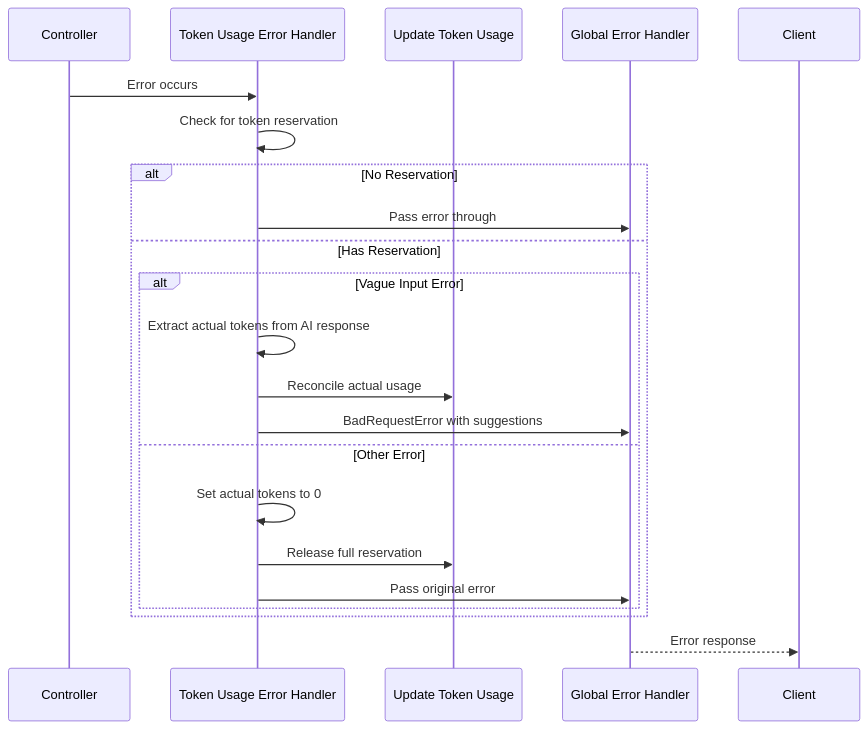
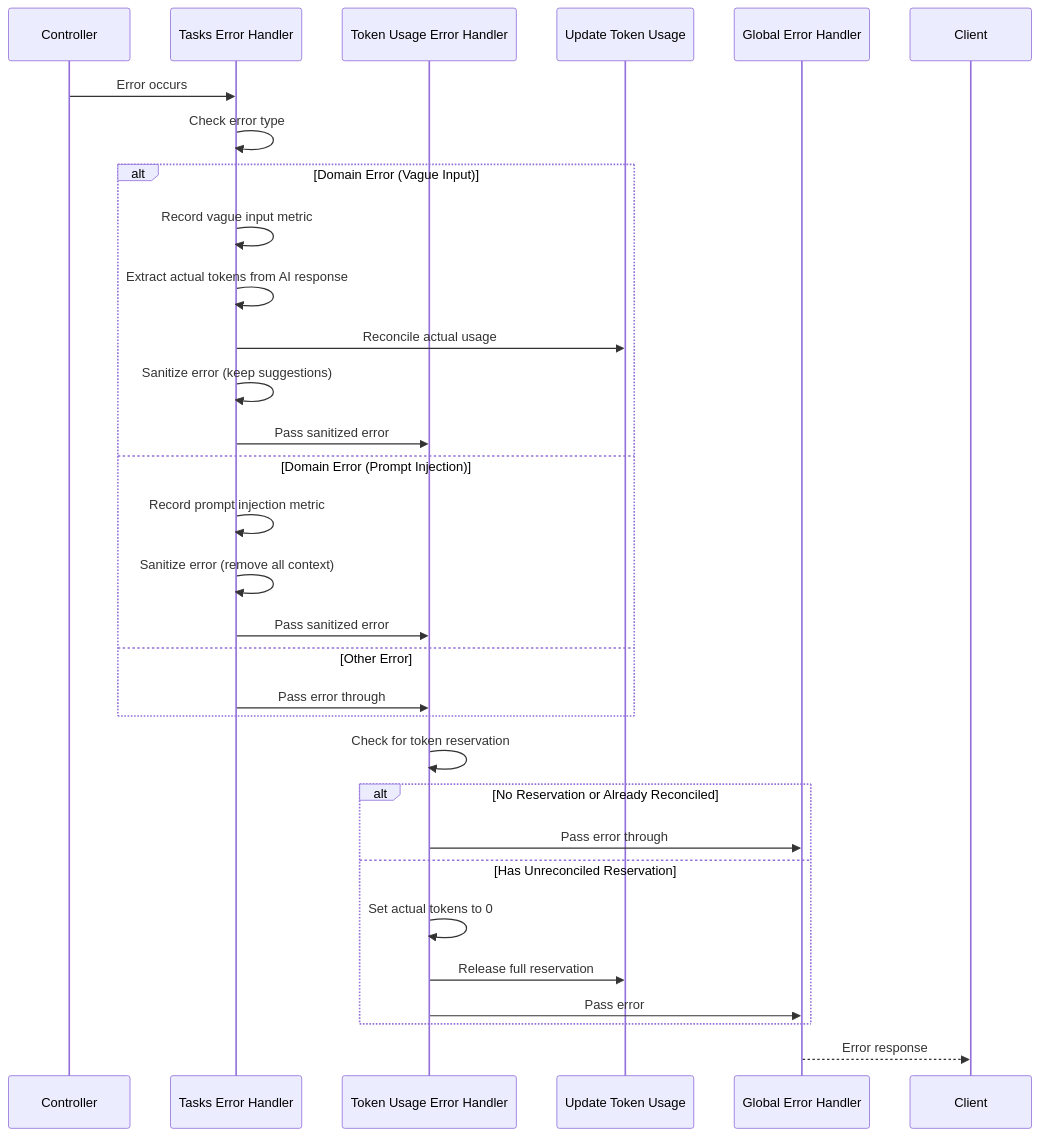
Before and after one commit to itayg43/ai-task-assistant: the fifth of 5 diagrams in README.md, drawn with Mermaid. The commit also changed other lines of this file and 43 other files, not shown here.

````diff
--- a/README.md
+++ b/README.md
@@ -286,25 +286,34 @@
 ```mermaid
 sequenceDiagram
     participant Controller
-    participant ErrorHandler as Token Usage Error Handler
+    participant TasksErrorHandler as Tasks Error Handler
+    participant TokenErrorHandler as Token Usage Error Handler
     participant UpdateUsage as Update Token Usage
     participant GlobalError as Global Error Handler
     participant Client
 
-    Controller->>ErrorHandler: Error occurs
-    ErrorHandler->>ErrorHandler: Check for token reservation
-    alt No Reservation
-        ErrorHandler->>GlobalError: Pass error through
-    else Has Reservation
-        alt Vague Input Error
-            ErrorHandler->>ErrorHandler: Extract actual tokens from AI response
-            ErrorHandler->>UpdateUsage: Reconcile actual usage
-            ErrorHandler->>GlobalError: BadRequestError with suggestions
-        else Other Error
-            ErrorHandler->>ErrorHandler: Set actual tokens to 0
-            ErrorHandler->>UpdateUsage: Release full reservation
-            ErrorHandler->>GlobalError: Pass original error
-        end
+    Controller->>TasksErrorHandler: Error occurs
+    TasksErrorHandler->>TasksErrorHandler: Check error type
+    alt Domain Error (Vague Input)
+        TasksErrorHandler->>TasksErrorHandler: Record vague input metric
+        TasksErrorHandler->>TasksErrorHandler: Extract actual tokens from AI response
+        TasksErrorHandler->>UpdateUsage: Reconcile actual usage
+        TasksErrorHandler->>TasksErrorHandler: Sanitize error (keep suggestions)
+        TasksErrorHandler->>TokenErrorHandler: Pass sanitized error
+    else Domain Error (Prompt Injection)
+        TasksErrorHandler->>TasksErrorHandler: Record prompt injection metric
+        TasksErrorHandler->>TasksErrorHandler: Sanitize error (remove all context)
+        TasksErrorHandler->>TokenErrorHandler: Pass sanitized error
+    else Other Error
+        TasksErrorHandler->>TokenErrorHandler: Pass error through
+    end
+    TokenErrorHandler->>TokenErrorHandler: Check for token reservation
+    alt No Reservation or Already Reconciled
+        TokenErrorHandler->>GlobalError: Pass error through
+    else Has Unreconciled Reservation
+        TokenErrorHandler->>TokenErrorHandler: Set actual tokens to 0
+        TokenErrorHandler->>UpdateUsage: Release full reservation
+        TokenErrorHandler->>GlobalError: Pass error
     end
     GlobalError-->>Client: Error response
 ```
````
